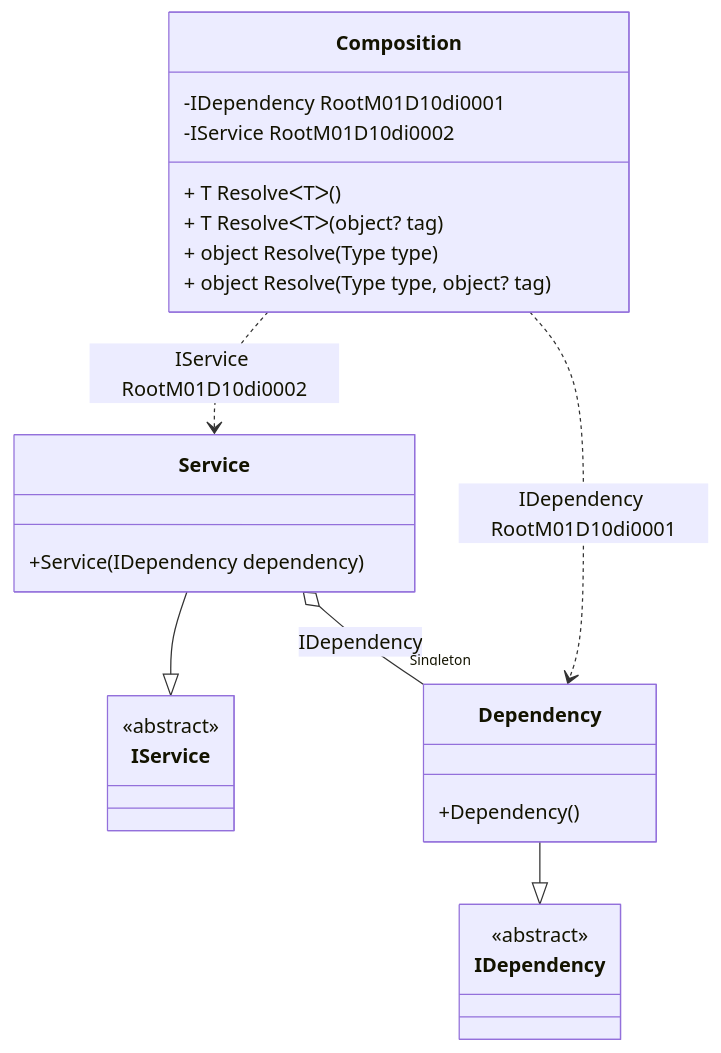
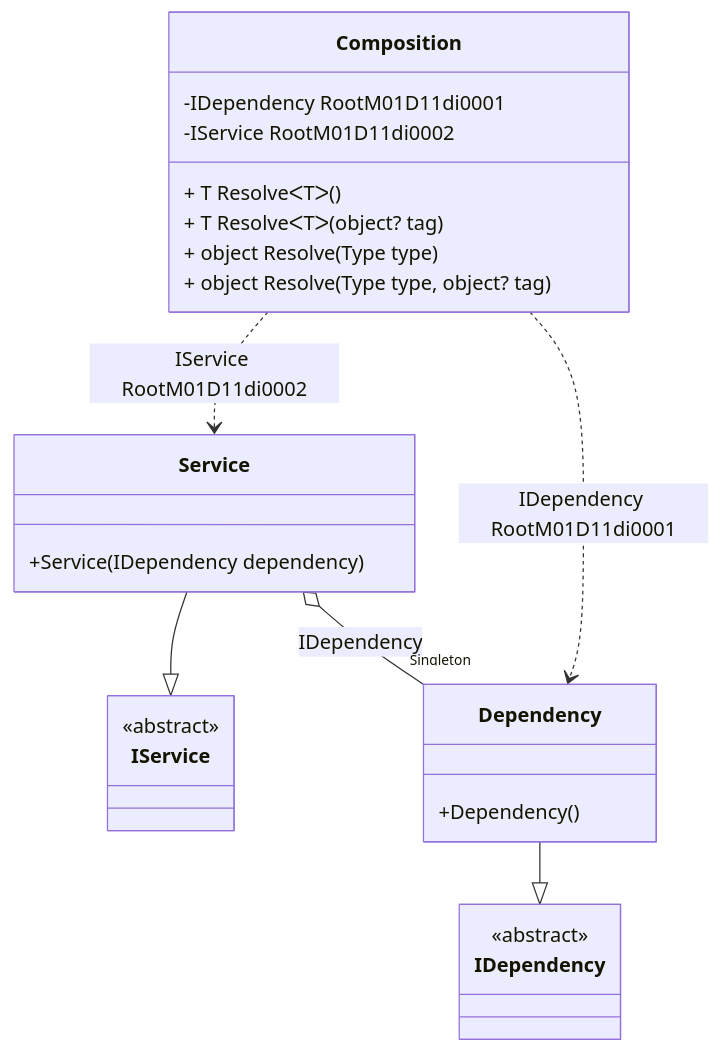
One commit to DevTeam/Pure.DI changed the diagram in readme/service-collection.md. Above: the diagram before and after it, drawn with Mermaid. The commit also changed other lines of this file and 103 other files, not shown here.

````diff
--- a/readme/service-collection.md
+++ b/readme/service-collection.md
@@ -47,28 +47,28 @@
 ```mermaid
 classDiagram
   class Composition {
-    -IDependency RootM01D10di0001
-    -IService RootM01D10di0002
+    -IDependency RootM01D11di0001
+    -IService RootM01D11di0002
     + T ResolveᐸTᐳ()
     + T ResolveᐸTᐳ(object? tag)
     + object Resolve(Type type)
     + object Resolve(Type type, object? tag)
   }
   Service --|> IService : 
   class Service {
     +Service(IDependency dependency)
   }
   Dependency --|> IDependency : 
   class Dependency {
     +Dependency()
   }
   class IService {
     <<abstract>>
   }
   class IDependency {
     <<abstract>>
   }
   Service o--  "Singleton" Dependency : IDependency
-  Composition ..> Dependency : IDependency RootM01D10di0001
-  Composition ..> Service : IService RootM01D10di0002
+  Composition ..> Dependency : IDependency RootM01D11di0001
+  Composition ..> Service : IService RootM01D11di0002
 ```
````
